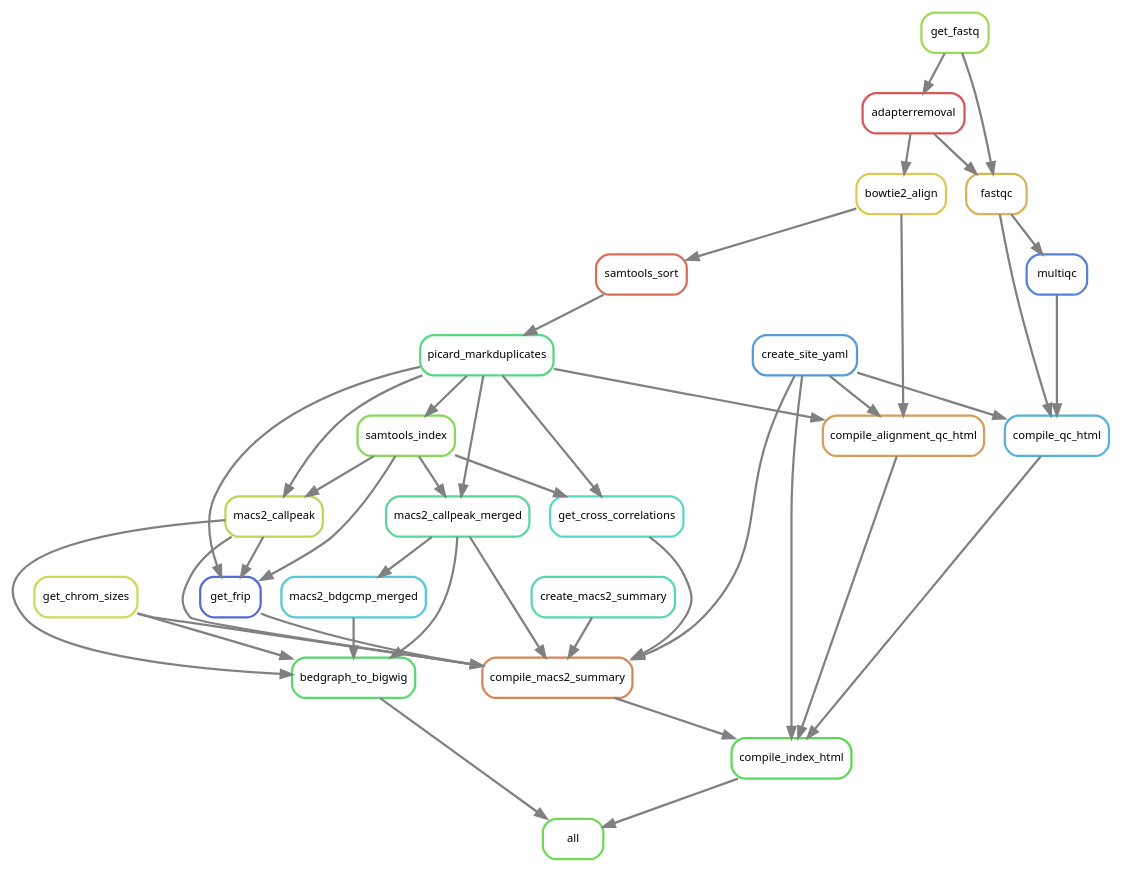
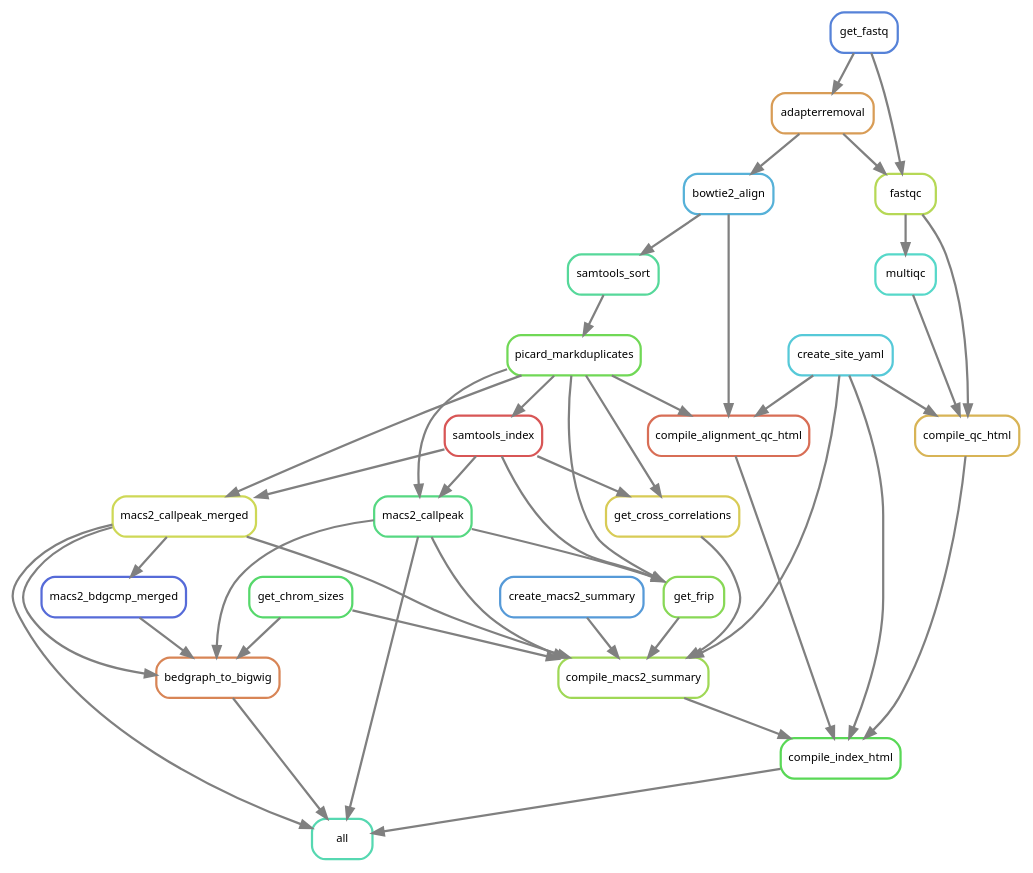
Before and after one commit to smped/PRJNA509779: the diagram in workflow/rules/rulegraph.dot, drawn with Graphviz. The commit also changed 3 other files, not shown here.

```diff
--- a/workflow/rules/rulegraph.dot
+++ b/workflow/rules/rulegraph.dot
@@ -1,68 +1,70 @@
 digraph snakemake_dag {
     graph[bgcolor=white, margin=0];
     node[shape=box, style=rounded, fontname=sans,                 fontsize=10, penwidth=2];
     edge[penwidth=2, color=grey];
-	0[label = "all", color = "0.30 0.6 0.85", style="rounded"];
-	1[label = "bedgraph_to_bigwig", color = "0.36 0.6 0.85", style="rounded"];
-	2[label = "macs2_callpeak", color = "0.21 0.6 0.85", style="rounded"];
-	3[label = "picard_markduplicates", color = "0.39 0.6 0.85", style="rounded"];
-	4[label = "samtools_sort", color = "0.03 0.6 0.85", style="rounded"];
-	5[label = "bowtie2_align", color = "0.15 0.6 0.85", style="rounded"];
-	6[label = "adapterremoval", color = "0.00 0.6 0.85", style="rounded"];
-	7[label = "get_fastq", color = "0.24 0.6 0.85", style="rounded"];
-	8[label = "samtools_index", color = "0.27 0.6 0.85", style="rounded"];
-	9[label = "get_chrom_sizes", color = "0.18 0.6 0.85", style="rounded"];
-	10[label = "macs2_callpeak_merged", color = "0.42 0.6 0.85", style="rounded"];
-	11[label = "macs2_bdgcmp_merged", color = "0.52 0.6 0.85", style="rounded"];
+	0[label = "all", color = "0.45 0.6 0.85", style="rounded"];
+	1[label = "macs2_callpeak", color = "0.39 0.6 0.85", style="rounded"];
+	2[label = "picard_markduplicates", color = "0.30 0.6 0.85", style="rounded"];
+	3[label = "samtools_sort", color = "0.42 0.6 0.85", style="rounded"];
+	4[label = "bowtie2_align", color = "0.55 0.6 0.85", style="rounded"];
+	5[label = "adapterremoval", color = "0.09 0.6 0.85", style="rounded"];
+	6[label = "get_fastq", color = "0.61 0.6 0.85", style="rounded"];
+	7[label = "samtools_index", color = "0.00 0.6 0.85", style="rounded"];
+	8[label = "macs2_callpeak_merged", color = "0.18 0.6 0.85", style="rounded"];
+	9[label = "bedgraph_to_bigwig", color = "0.06 0.6 0.85", style="rounded"];
+	10[label = "get_chrom_sizes", color = "0.36 0.6 0.85", style="rounded"];
+	11[label = "macs2_bdgcmp_merged", color = "0.64 0.6 0.85", style="rounded"];
 	12[label = "compile_index_html", color = "0.33 0.6 0.85", style="rounded"];
-	13[label = "compile_macs2_summary", color = "0.06 0.6 0.85", style="rounded"];
-	14[label = "create_macs2_summary", color = "0.45 0.6 0.85", style="rounded"];
-	15[label = "get_cross_correlations", color = "0.48 0.6 0.85", style="rounded"];
-	16[label = "get_frip", color = "0.64 0.6 0.85", style="rounded"];
-	17[label = "create_site_yaml", color = "0.58 0.6 0.85", style="rounded"];
-	18[label = "compile_qc_html", color = "0.55 0.6 0.85", style="rounded"];
-	19[label = "fastqc", color = "0.12 0.6 0.85", style="rounded"];
-	20[label = "multiqc", color = "0.61 0.6 0.85", style="rounded"];
-	21[label = "compile_alignment_qc_html", color = "0.09 0.6 0.85", style="rounded"];
+	13[label = "compile_macs2_summary", color = "0.24 0.6 0.85", style="rounded"];
+	14[label = "create_macs2_summary", color = "0.58 0.6 0.85", style="rounded"];
+	15[label = "get_cross_correlations", color = "0.15 0.6 0.85", style="rounded"];
+	16[label = "get_frip", color = "0.27 0.6 0.85", style="rounded"];
+	17[label = "create_site_yaml", color = "0.52 0.6 0.85", style="rounded"];
+	18[label = "compile_qc_html", color = "0.12 0.6 0.85", style="rounded"];
+	19[label = "fastqc", color = "0.21 0.6 0.85", style="rounded"];
+	20[label = "multiqc", color = "0.48 0.6 0.85", style="rounded"];
+	21[label = "compile_alignment_qc_html", color = "0.03 0.6 0.85", style="rounded"];
+	8 -> 0
+	9 -> 0
+	1 -> 0
 	12 -> 0
-	1 -> 0
-	10 -> 1
-	9 -> 1
-	11 -> 1
+	7 -> 1
 	2 -> 1
 	3 -> 2
-	8 -> 2
 	4 -> 3
 	5 -> 4
 	6 -> 5
-	7 -> 6
-	3 -> 8
-	3 -> 10
-	8 -> 10
-	10 -> 11
+	2 -> 7
+	7 -> 8
+	2 -> 8
+	10 -> 9
+	8 -> 9
+	1 -> 9
+	11 -> 9
+	8 -> 11
+	21 -> 12
+	13 -> 12
 	18 -> 12
 	17 -> 12
-	13 -> 12
-	21 -> 12
-	9 -> 13
-	2 -> 13
+	1 -> 13
+	8 -> 13
+	10 -> 13
 	17 -> 13
-	10 -> 13
 	14 -> 13
 	15 -> 13
 	16 -> 13
-	3 -> 15
-	8 -> 15
-	3 -> 16
-	8 -> 16
+	7 -> 15
+	2 -> 15
+	1 -> 16
+	7 -> 16
 	2 -> 16
+	20 -> 18
+	19 -> 18
 	17 -> 18
-	19 -> 18
-	20 -> 18
+	5 -> 19
 	6 -> 19
-	7 -> 19
 	19 -> 20
-	3 -> 21
-	5 -> 21
 	17 -> 21
+	4 -> 21
+	2 -> 21
 }            
```
